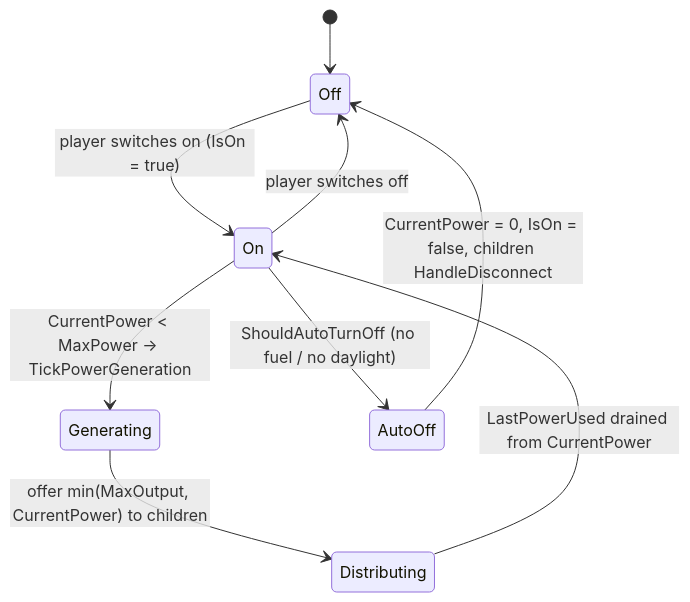
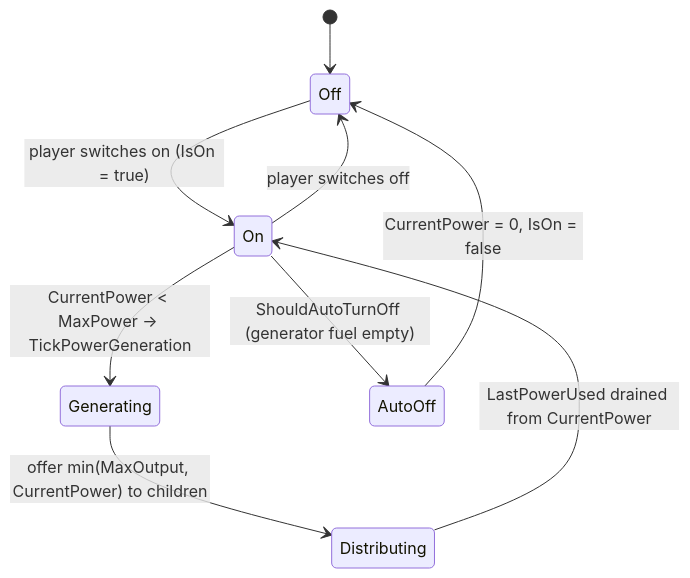
The sixth of 10 diagrams in docs/tile-entities-power.md (hordeforge/7dtd-engine-research), drawn with Mermaid before and after one commit. The commit also changed other lines of this file and 6 other files, not shown here.

````diff
--- a/docs/tile-entities-power.md
+++ b/docs/tile-entities-power.md
@@ -290,11 +299,11 @@
 ```mermaid
 stateDiagram-v2
   [*] --> Off
   Off --> On: player switches on (IsOn = true)
   On --> Generating: CurrentPower < MaxPower -> TickPowerGeneration
   Generating --> Distributing: offer min(MaxOutput, CurrentPower) to children
   Distributing --> On: LastPowerUsed drained from CurrentPower
-  On --> AutoOff: ShouldAutoTurnOff (no fuel / no daylight)
-  AutoOff --> Off: CurrentPower = 0, IsOn = false, children HandleDisconnect
+  On --> AutoOff: ShouldAutoTurnOff (generator fuel empty)
+  AutoOff --> Off: CurrentPower = 0, IsOn = false
   On --> Off: player switches off
 ```
````
